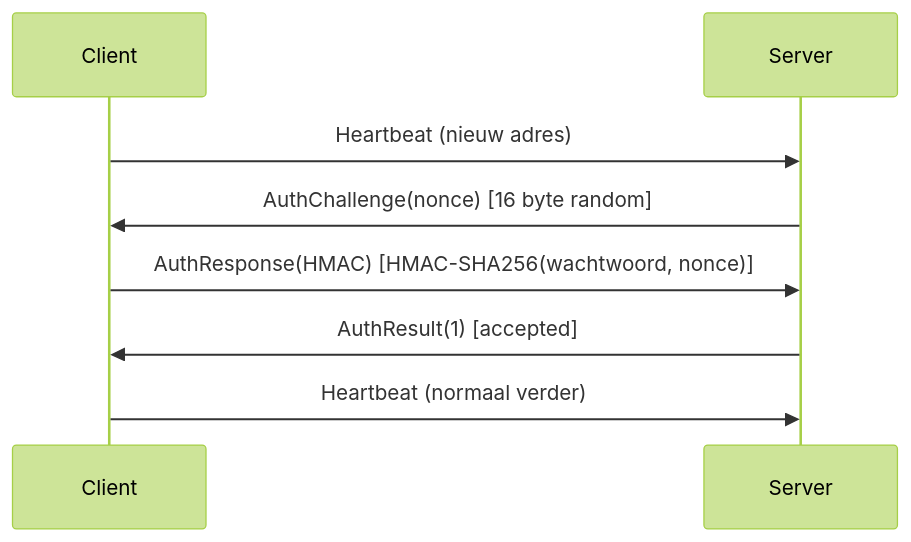
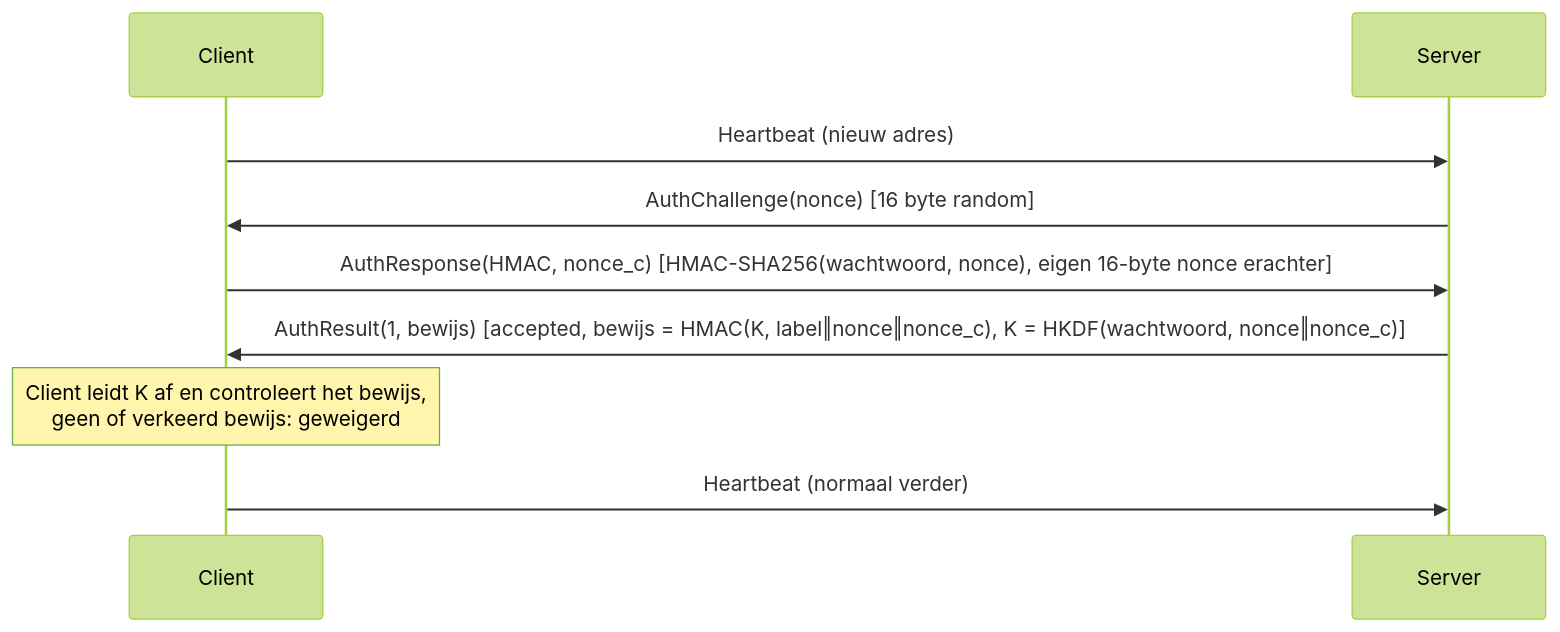
One commit to cjenschede/ThetisLink changed the sixth of 7 diagrams in Technische-Referentie.md. Above: the diagram before and after it, drawn with Mermaid (forest theme). The commit also changed other lines of this file and 185 other files, not shown here.

````diff
--- a/Technische-Referentie.md
+++ b/Technische-Referentie.md
@@ -2437,10 +2585,11 @@
 ```mermaid
 sequenceDiagram
     participant C as Client
     participant S as Server
     C->>S: Heartbeat (nieuw adres)
     S->>C: AuthChallenge(nonce) [16 byte random]
-    C->>S: AuthResponse(HMAC) [HMAC-SHA256(wachtwoord, nonce)]
-    S->>C: AuthResult(1) [accepted]
+    C->>S: AuthResponse(HMAC, nonce_c) [HMAC-SHA256(wachtwoord, nonce), eigen 16-byte nonce erachter]
+    S->>C: AuthResult(1, bewijs) [accepted, bewijs = HMAC(K, label‖nonce‖nonce_c), K = HKDF(wachtwoord, nonce‖nonce_c)]
+    Note over C: Client leidt K af en controleert het bewijs,<br/>geen of verkeerd bewijs: geweigerd
     C->>S: Heartbeat (normaal verder)
 ```
````
